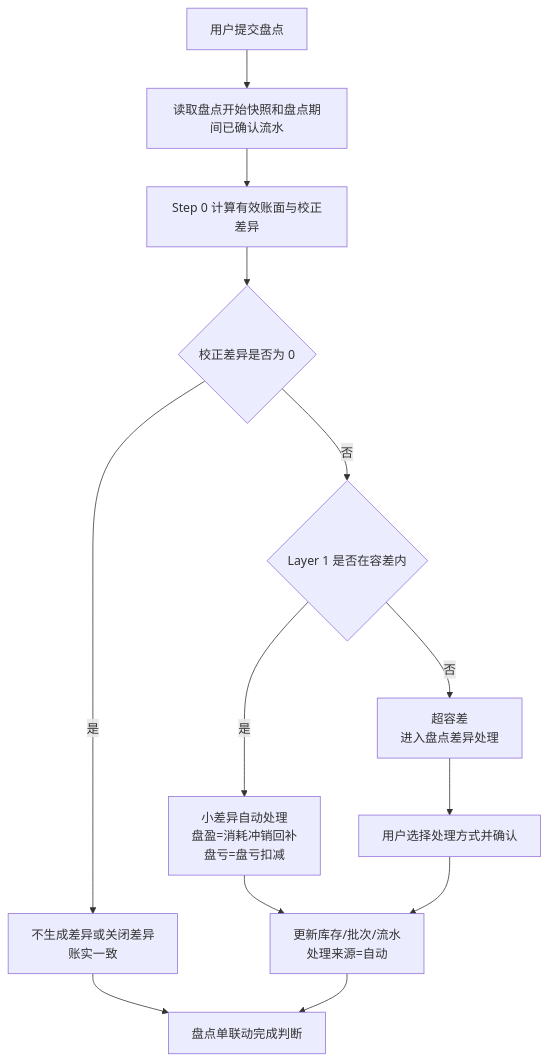
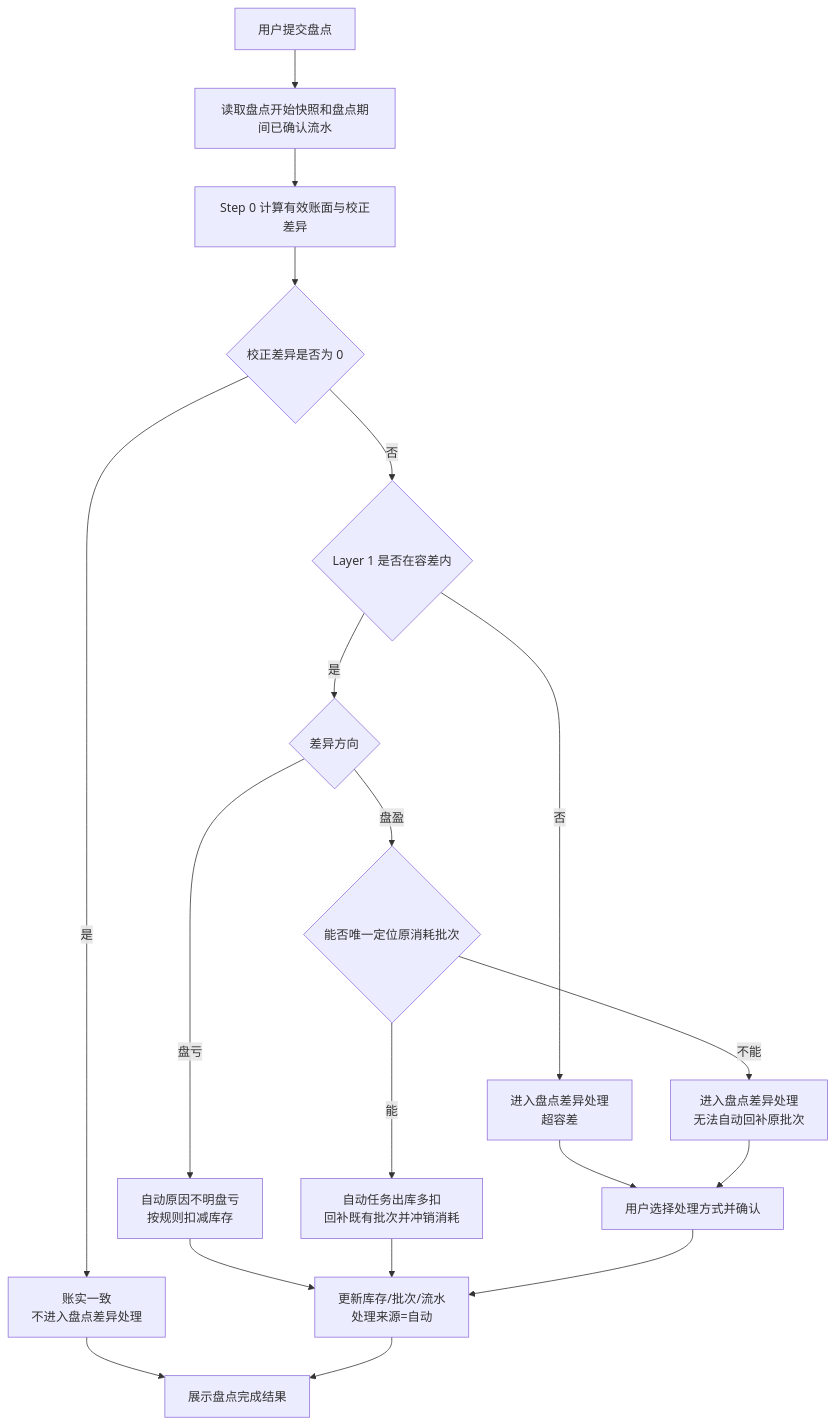
The diagram in prds/inventory/02-盘点差异自动处理规则.md (91Dhua/Vaccine), drawn with Mermaid before and after one commit. The commit also changed other lines of this file and 1 other file, not shown here.

````diff
--- a/prds/inventory/02-盘点差异自动处理规则.md
+++ b/prds/inventory/02-盘点差异自动处理规则.md
@@ -58,15 +58,21 @@
 ```mermaid
 flowchart TD
   A[用户提交盘点] --> B[读取盘点开始快照和盘点期间已确认流水]
   B --> C[Step 0 计算有效账面与校正差异]
   C --> D{校正差异是否为 0}
-  D -->|是| E[不生成差异或关闭差异<br/>账实一致]
+  D -->|是| E[账实一致<br/>不进入盘点差异处理]
   D -->|否| F{Layer 1 是否在容差内}
-  F -->|是| G[小差异自动处理<br/>盘盈=消耗冲销回补<br/>盘亏=盘亏扣减]
-  F -->|否| K[超容差<br/>进入盘点差异处理]
-  G --> P[更新库存/批次/流水<br/>处理来源=自动]
-  E --> T[盘点单联动完成判断]
+  F -->|否| K[进入盘点差异处理<br/>超容差]
+  F -->|是| G{差异方向}
+  G -->|盘亏| H[自动原因不明盘亏<br/>按规则扣减库存]
+  G -->|盘盈| I{能否唯一定位原消耗批次}
+  I -->|能| J[自动任务出库多扣<br/>回补既有批次并冲销消耗]
+  I -->|不能| K2[进入盘点差异处理<br/>无法自动回补原批次]
+  H --> P[更新库存/批次/流水<br/>处理来源=自动]
+  J --> P
+  E --> T[展示盘点完成结果]
   P --> T
   K --> U[用户选择处理方式并确认]
+  K2 --> U
   U --> P
 ```
````
